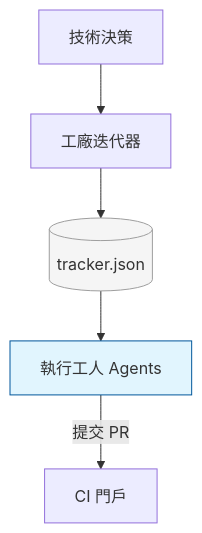
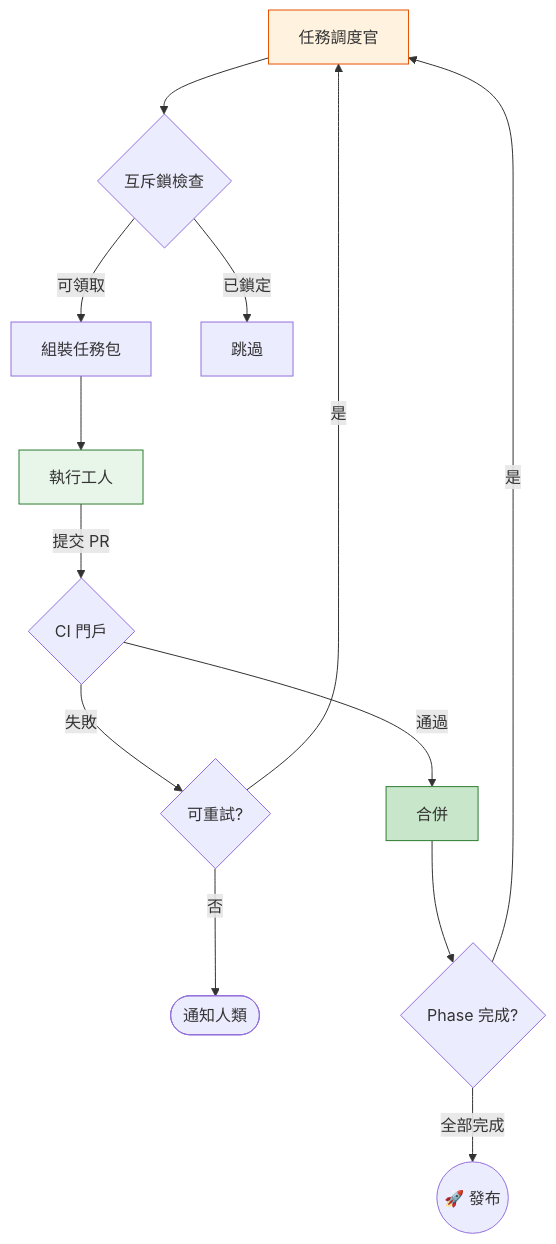
One commit to tibame201020/app-generator changed the fourth of 4 diagrams in docs/FACTORY_WORKFLOW.qmd. Above: the diagram before and after it, drawn with Mermaid. The commit also changed other lines of this file and 6 other files, not shown here.

````diff
--- a/docs/FACTORY_WORKFLOW.qmd
+++ b/docs/FACTORY_WORKFLOW.qmd
@@ -106,10 +76,19 @@
 ```{mermaid}
 graph TD
-    Dec[技術決策] --> Iter[工廠迭代器]
-    Iter --> Track[(tracker.json)]
-    Track --> Worker[執行工人 Agents]
-    Worker -- 提交 PR --> CI[CI 門戶]
-    
-    style Track fill:#f5f5f5,stroke:#9e9e9e
-    style Worker fill:#e1f5fe,stroke:#01579b
+    Disp[任務調度官] --> Lock{互斥鎖檢查}
+    Lock -- 可領取 --> Pack[組裝任務包]
+    Lock -- 已鎖定 --> Skip[跳過]
+    Pack --> Worker[執行工人]
+    Worker -- 提交 PR --> CI{CI 門戶}
+    CI -- 通過 --> Merge[合併]
+    CI -- 失敗 --> Retry{可重試?}
+    Retry -- 是 --> Disp
+    Retry -- 否 --> Human([通知人類])
+    Merge --> Phase{Phase 完成?}
+    Phase -- 是 --> Disp
+    Phase -- 全部完成 --> Done((🚀 發布))
+
+    style Disp fill:#fff3e0,stroke:#e65100
+    style Worker fill:#e8f5e9,stroke:#2e7d32
+    style Merge fill:#c8e6c9,stroke:#2e7d32
 ```
````
